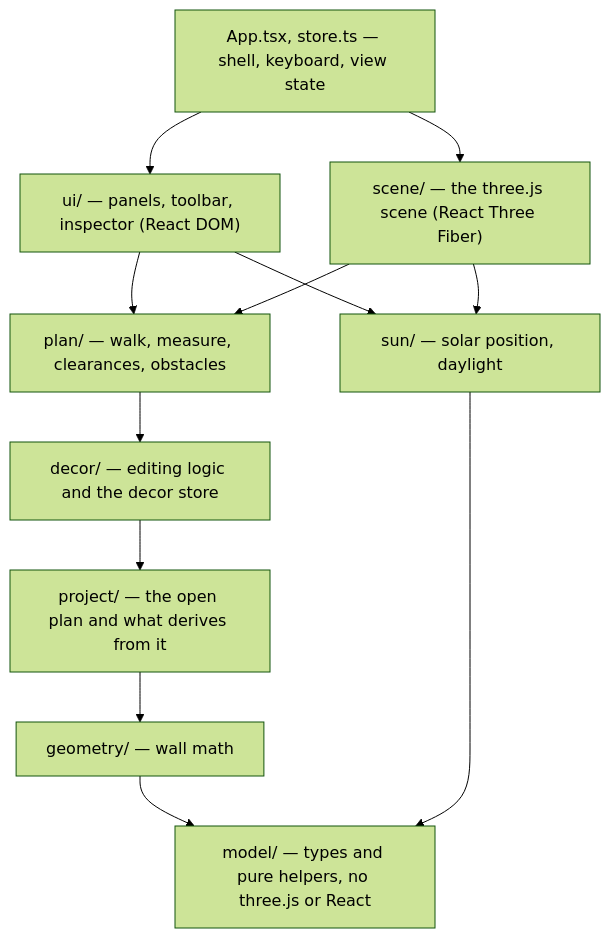
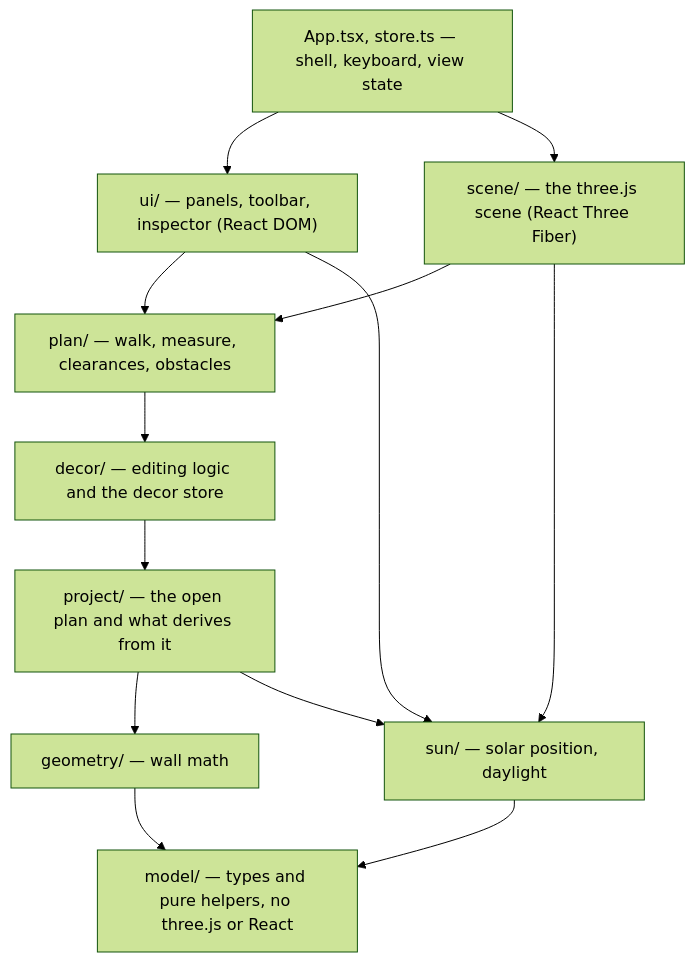
Before and after one commit to juancuiule/floorplan: the first of 2 diagrams in docs/architecture.md, drawn with Mermaid (forest theme). The commit also changed other lines of this file and 1 other file, not shown here.

````diff
--- a/docs/architecture.md
+++ b/docs/architecture.md
@@ -13,21 +13,21 @@
 ```mermaid
 flowchart TD
   ui["ui/ — panels, toolbar, inspector (React DOM)"]
   scene["scene/ — the three.js scene (React Three Fiber)"]
   app["App.tsx, store.ts — shell, keyboard, view state"]
   decor["decor/ — editing logic and the decor store"]
   plan["plan/ — walk, measure, clearances, obstacles"]
   project["project/ — the open plan and what derives from it"]
   sun["sun/ — solar position, daylight"]
   geometry["geometry/ — wall math"]
   model["model/ — types and pure helpers, no three.js or React"]
   app --> ui & scene
   ui --> plan
   scene --> plan
   ui & scene --> sun
   plan --> decor
   decor --> project
-  project --> geometry
+  project --> geometry & sun
   geometry --> model
   sun --> model
 ```
````
